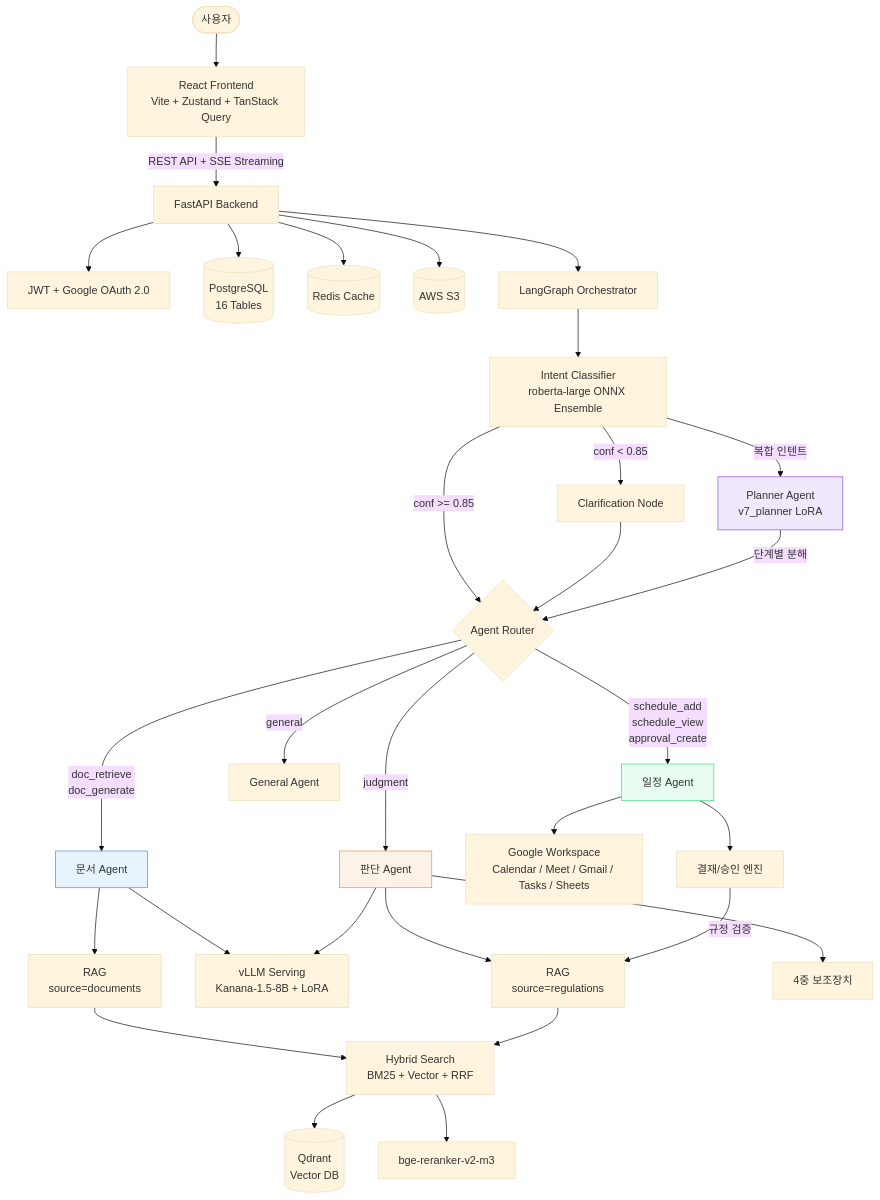
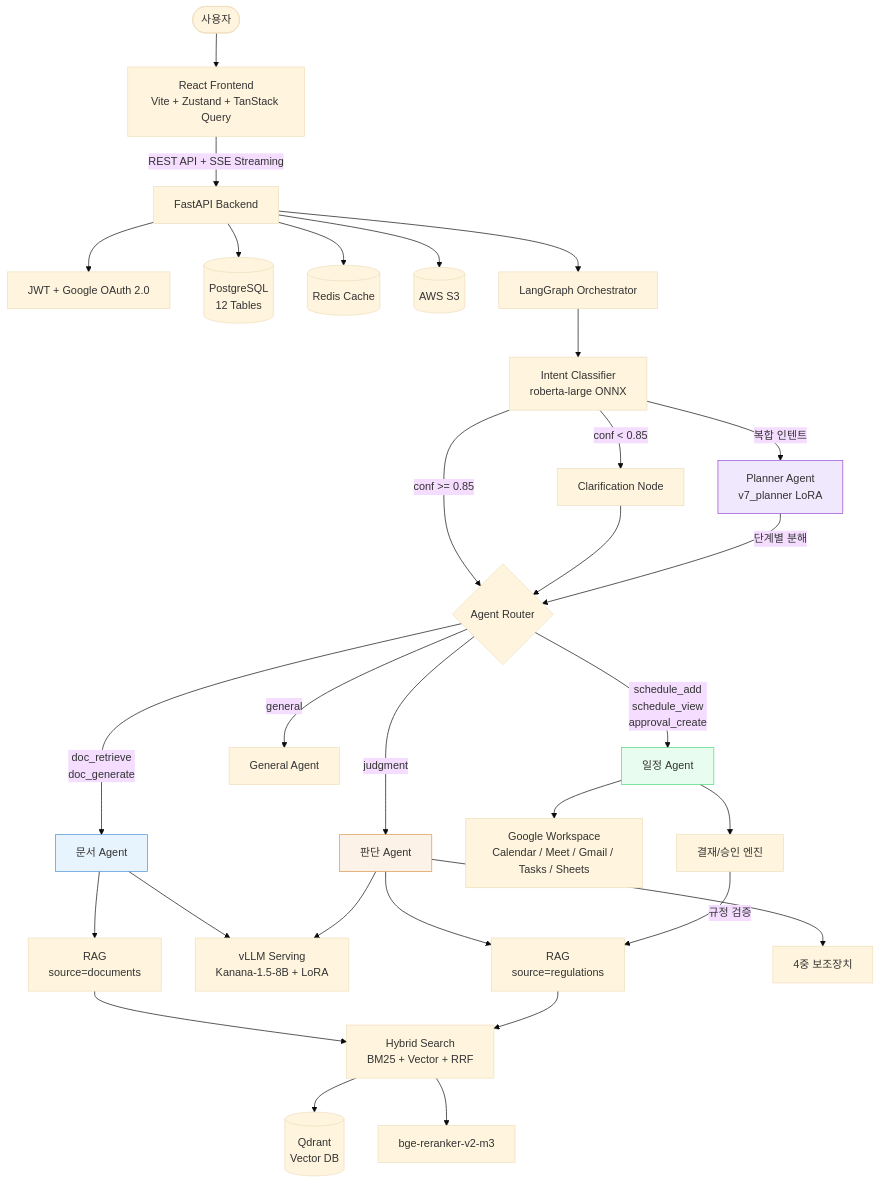
One commit to SKNETWORKS-FAMILY-AICAMP/SKN21-FINAL-3TEAM changed the first of 6 diagrams in README.md. Above: the diagram before and after it, drawn with Mermaid (base theme). The commit also changed other lines of this file, not shown here.

````diff
--- a/README.md
+++ b/README.md
@@ -163,47 +87,47 @@
 ```mermaid
 flowchart TB
     User([사용자]) --> FE[React Frontend<br/>Vite + Zustand + TanStack Query]
     FE -->|REST API + SSE Streaming| BE[FastAPI Backend]
 
     BE --> Auth[JWT + Google OAuth 2.0]
-    BE --> DB[(PostgreSQL<br/>16 Tables)]
+    BE --> DB[(PostgreSQL<br/>12 Tables)]
     BE --> Redis[(Redis Cache)]
     BE --> S3[(AWS S3)]
 
     BE --> Orch[LangGraph Orchestrator]
-    Orch --> Intent[Intent Classifier<br/>roberta-large ONNX Ensemble]
+    Orch --> Intent[Intent Classifier<br/>roberta-large ONNX]
 
     Intent -->|conf >= 0.85| Router{Agent Router}
     Intent -->|conf < 0.85| Clarify[Clarification Node]
     Intent -->|복합 인텐트| Planner[Planner Agent<br/>v7_planner LoRA]
     Clarify --> Router
     Planner -->|단계별 분해| Router
 
     Router -->|doc_retrieve<br/>doc_generate| DocAgent[문서 Agent]
     Router -->|judgment| JudgeAgent[판단 Agent]
     Router -->|schedule_add<br/>schedule_view<br/>approval_create| SchedAgent[일정 Agent]
     Router -->|general| General[General Agent]
 
     DocAgent --> RAG_Doc[RAG<br/>source=documents]
     DocAgent --> vLLM
 
     JudgeAgent --> RAG_Reg[RAG<br/>source=regulations]
     JudgeAgent --> Guard[4중 보조장치]
     JudgeAgent --> vLLM
 
     SchedAgent --> Google[Google Workspace<br/>Calendar / Meet / Gmail / Tasks / Sheets]
     SchedAgent --> Approval[결재/승인 엔진]
     Approval -->|규정 검증| RAG_Reg
 
     RAG_Doc --> HybridSearch[Hybrid Search<br/>BM25 + Vector + RRF]
     RAG_Reg --> HybridSearch
     HybridSearch --> Qdrant[(Qdrant<br/>Vector DB)]
     HybridSearch --> Reranker[bge-reranker-v2-m3]
 
     vLLM[vLLM Serving<br/>Kanana-1.5-8B + LoRA]
 
     style DocAgent fill:#e8f4fd,stroke:#4a90d9
     style JudgeAgent fill:#fdf2e8,stroke:#d9944a
     style SchedAgent fill:#e8fdf0,stroke:#4ad97a
     style Planner fill:#f0e8fd,stroke:#944ad9
 ```
````
